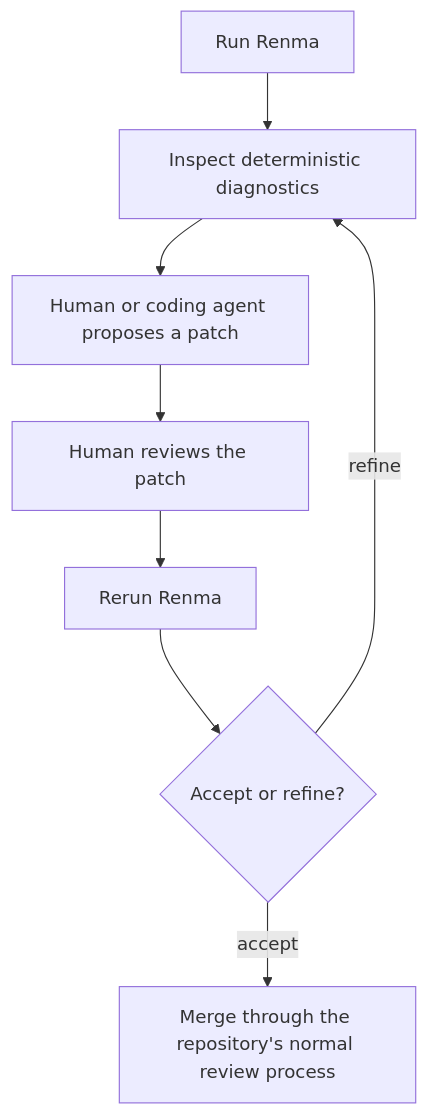
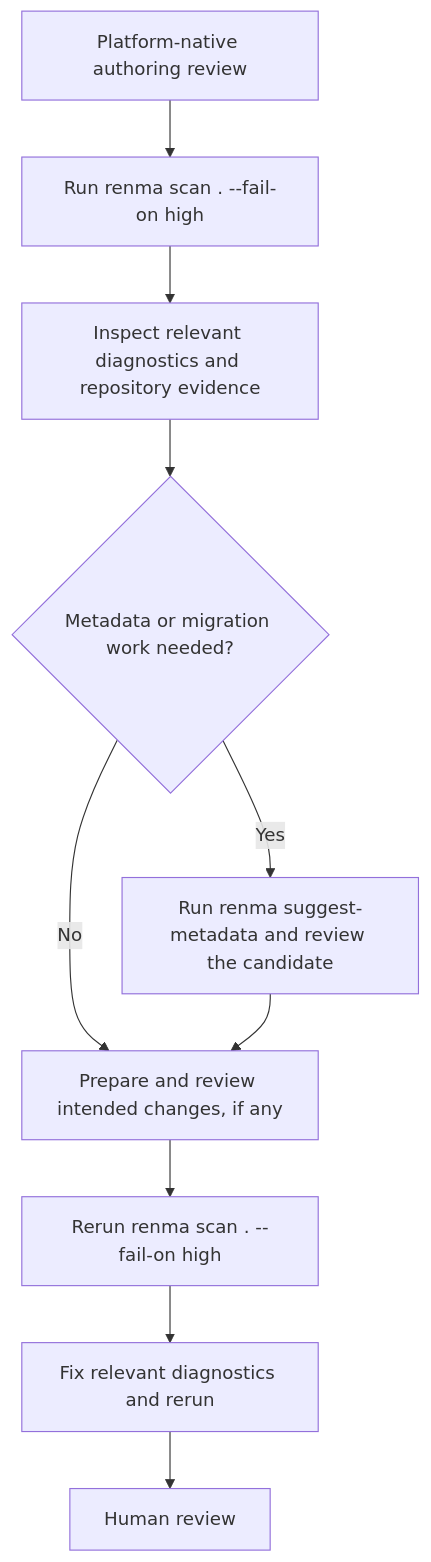
One commit to KazuCocoa/renma changed the second of 2 diagrams in docs/user-manual.md. Above: the diagram before and after it, drawn with Mermaid. The commit also changed other lines of this file and 33 other files, not shown here.

````diff
--- a/docs/user-manual.md
+++ b/docs/user-manual.md
@@ -202,10 +237,12 @@
 ```mermaid
 flowchart TD
-  Run["Run Renma"] --> Inspect["Inspect deterministic diagnostics"]
-  Inspect --> Propose["Human or coding agent proposes a patch"]
-  Propose --> Review["Human reviews the patch"]
-  Review --> Rerun["Rerun Renma"]
-  Rerun --> Decide{"Accept or refine?"}
-  Decide -->|refine| Inspect
-  Decide -->|accept| Complete["Merge through the repository's normal review process"]
+  Authoring["Platform-native authoring review"] --> Scan["Run renma scan . --fail-on high"]
+  Scan --> Evidence["Inspect relevant diagnostics and repository evidence"]
+  Evidence --> NeedMetadata{"Metadata or migration work needed?"}
+  NeedMetadata -- Yes --> Suggest["Run renma suggest-metadata and review the candidate"]
+  NeedMetadata -- No --> Prepare["Prepare and review intended changes, if any"]
+  Suggest --> Prepare
+  Prepare --> Validate["Rerun renma scan . --fail-on high"]
+  Validate --> Fix["Fix relevant diagnostics and rerun"]
+  Fix --> Review["Human review"]
 ```
````
